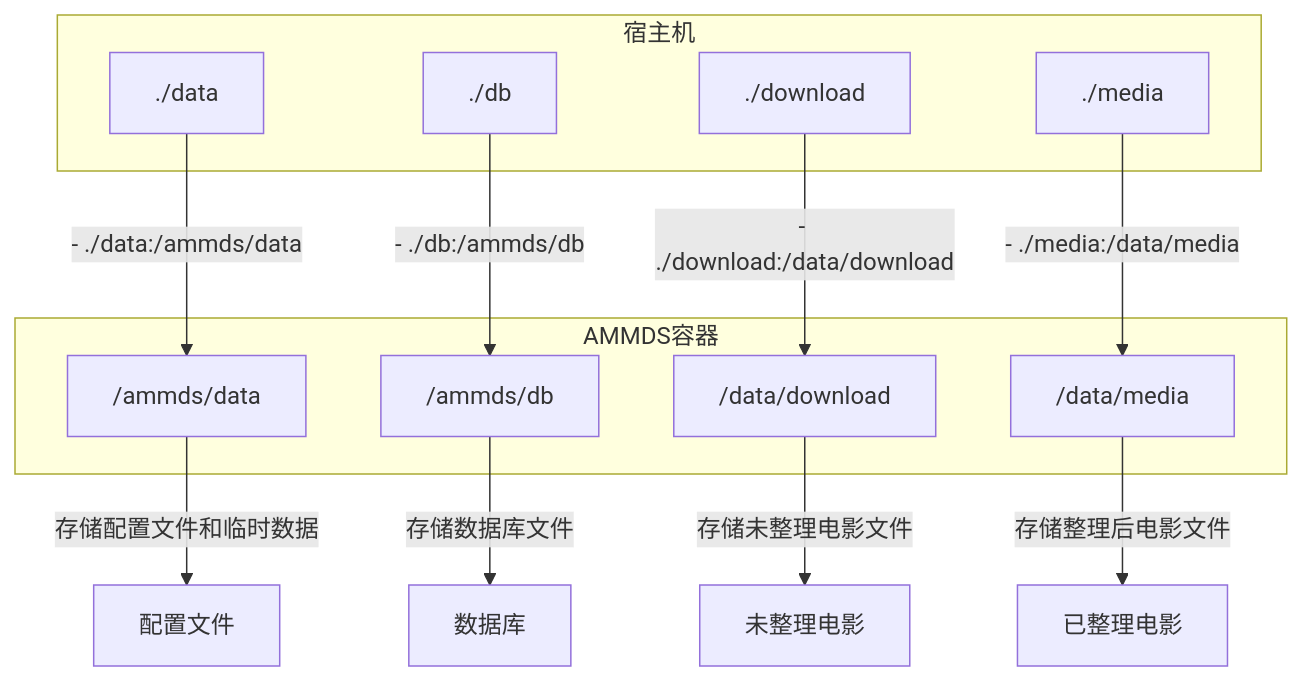
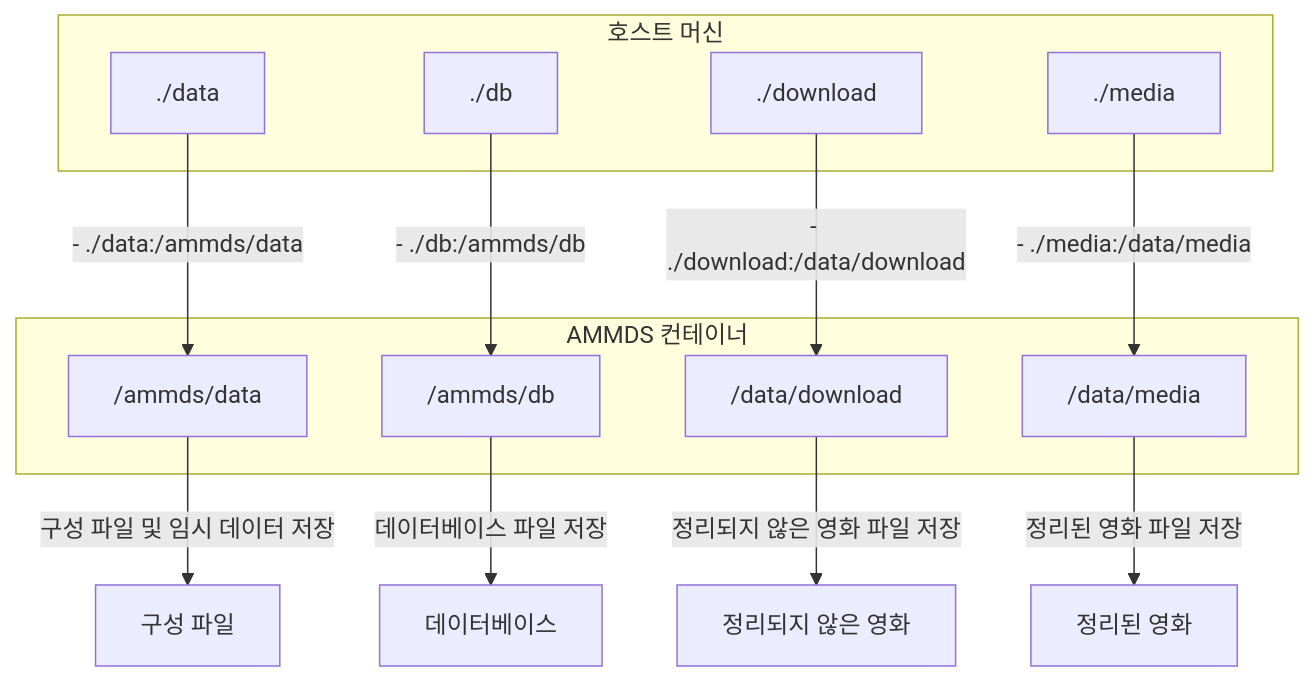
One commit to QYG2297248353/AMMDS-DOC changed the first of 5 diagrams in i18n/ko/docusaurus-plugin-content-docs/current/usage/Mount.md. Above: the diagram before and after it, drawn with Mermaid. The commit also changed other lines of this file and 23 other files, not shown here.

````diff
--- a/i18n/ko/docusaurus-plugin-content-docs/current/usage/Mount.md
+++ b/i18n/ko/docusaurus-plugin-content-docs/current/usage/Mount.md
@@ -39,30 +39,30 @@
 ```mermaid
 flowchart TD
-    %% 宿主机目录
-    subgraph HOST["宿主机"]
+    %% 호스트 머신 디렉토리
+    subgraph HOST["호스트 머신"]
         H_DATA["./data"]
         H_DB["./db"]
         H_DOWNLOAD["./download"]
         H_MEDIA["./media"]
     end
 
-    %% AMMDS容器
-    subgraph AMMDS["AMMDS容器"]
+    %% AMMDS 컨테이너
+    subgraph AMMDS["AMMDS 컨테이너"]
         A_DATA["/ammds/data"]
         A_DB["/ammds/db"]
         A_DOWNLOAD["/data/download"]
         A_MEDIA["/data/media"]
     end
 
-    %% 挂载关系
+    %% 마운트 관계
     H_DATA -->|"- ./data:/ammds/data"| A_DATA
     H_DB -->|"- ./db:/ammds/db"| A_DB
     H_DOWNLOAD -->|"- ./download:/data/download"| A_DOWNLOAD
     H_MEDIA -->|"- ./media:/data/media"| A_MEDIA
 
-    %% 说明
-    A_DATA -->|"存储配置文件和临时数据"| CONFIG["配置文件"]
-    A_DB -->|"存储数据库文件"| DATABASE["数据库"]
-    A_DOWNLOAD -->|"存储未整理电影文件"| RAW_MEDIA["未整理电影"]
-    A_MEDIA -->|"存储整理后电影文件"| PROCESSED_MEDIA["已整理电影"]
+    %% 설명
+    A_DATA -->|"구성 파일 및 임시 데이터 저장"| CONFIG["구성 파일"]
+    A_DB -->|"데이터베이스 파일 저장"| DATABASE["데이터베이스"]
+    A_DOWNLOAD -->|"정리되지 않은 영화 파일 저장"| RAW_MEDIA["정리되지 않은 영화"]
+    A_MEDIA -->|"정리된 영화 파일 저장"| PROCESSED_MEDIA["정리된 영화"]
 ```
````
